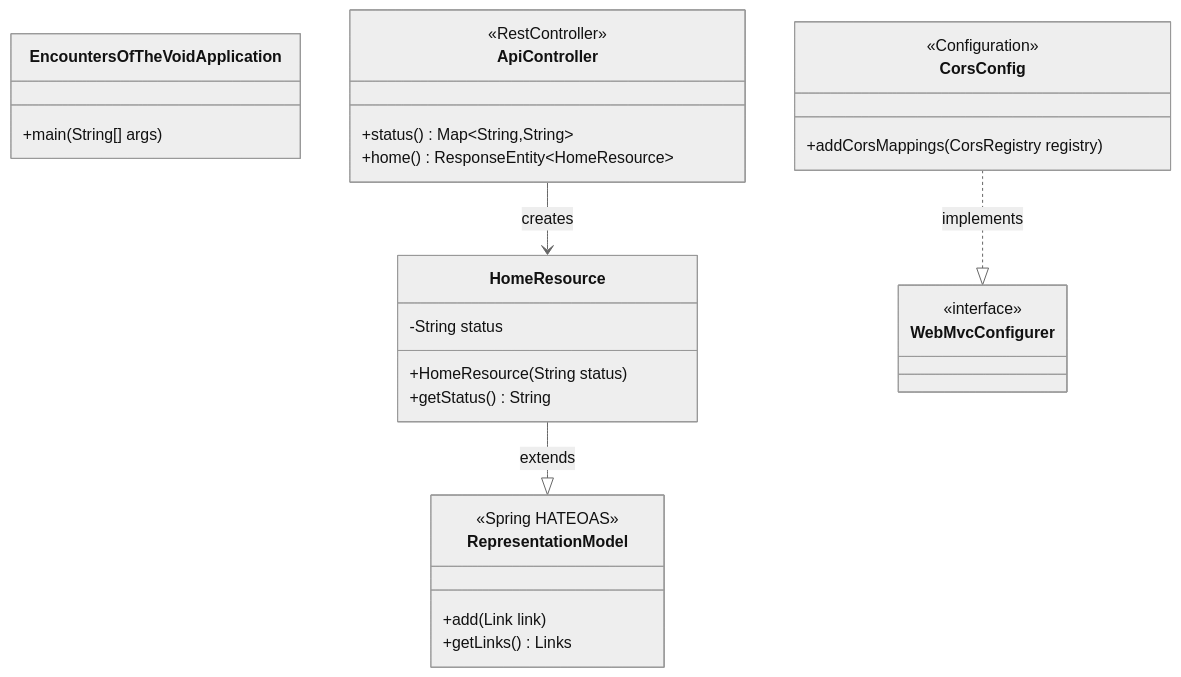
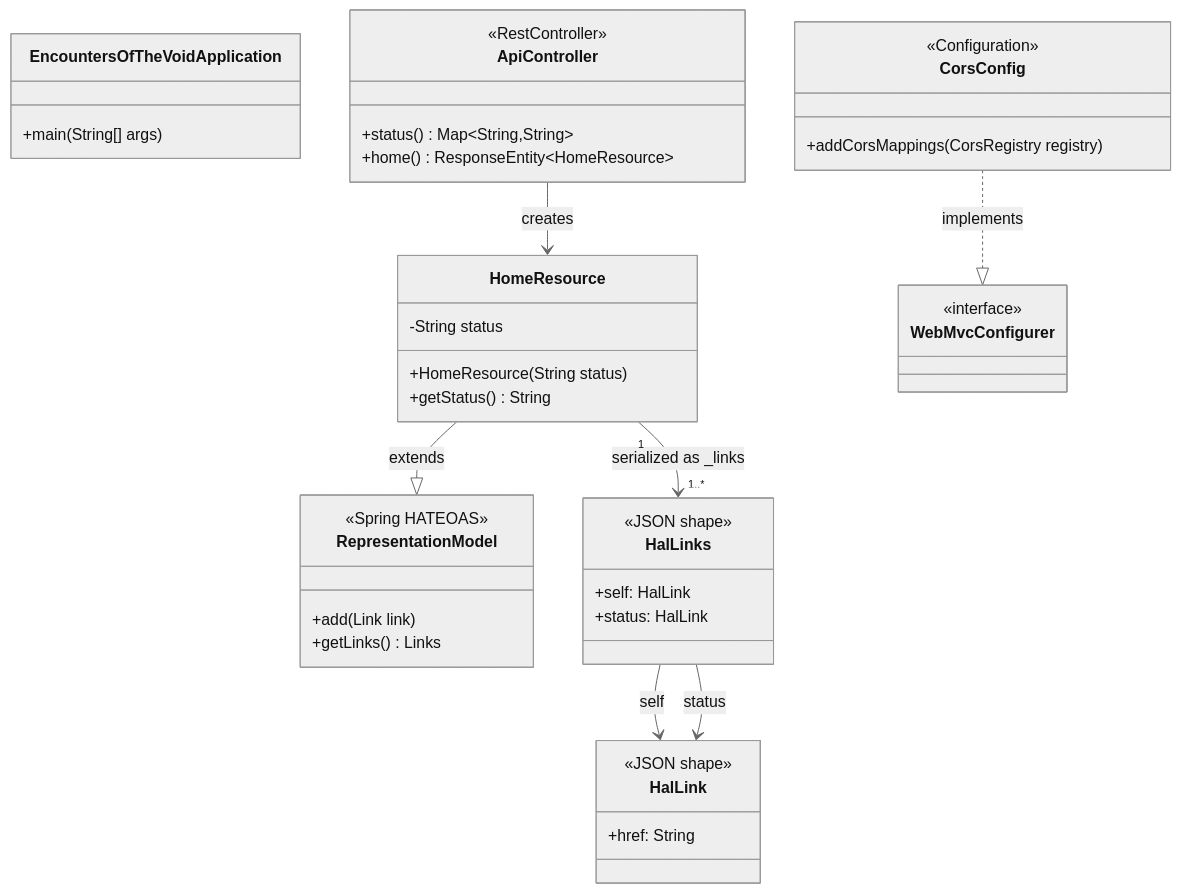
One commit to VoidfulDawn/Encounters_of_the_Void changed the diagram in docs/diagrams/class-diagram.md. Above: the diagram before and after it, drawn with Mermaid (neutral theme). The commit also changed other lines of this file and 3 other files, not shown here.

First line of the commit message:
docs: update changelog and diagrams for PR #1 fixes

````diff
--- a/docs/diagrams/class-diagram.md
+++ b/docs/diagrams/class-diagram.md
@@ -5,38 +5,52 @@
 ```mermaid
 classDiagram
     class EncountersOfTheVoidApplication {
         +main(String[] args)
     }
 
     class ApiController {
         <<RestController>>
         <<RequestMapping /api/v1>>
         +status() Map~String,String~
         +home() ResponseEntity~HomeResource~
     }
 
     class HomeResource {
         -String status
         +HomeResource(String status)
         +getStatus() String
     }
 
     class RepresentationModel {
         <<Spring HATEOAS>>
         +add(Link link)
         +getLinks() Links
     }
 
+    class HalLinks {
+        <<JSON shape>>
+        +self: HalLink
+        +status: HalLink
+    }
+
+    class HalLink {
+        <<JSON shape>>
+        +href: String
+    }
+
     class CorsConfig {
         <<Configuration>>
         +addCorsMappings(CorsRegistry registry)
     }
 
     class WebMvcConfigurer {
         <<interface>>
     }
 
     HomeResource --|> RepresentationModel : extends
+    HomeResource "1" --> "1..*" HalLinks : serialized as _links
+    HalLinks --> HalLink : self
+    HalLinks --> HalLink : status
     CorsConfig ..|> WebMvcConfigurer : implements
     ApiController --> HomeResource : creates
 ```
````
